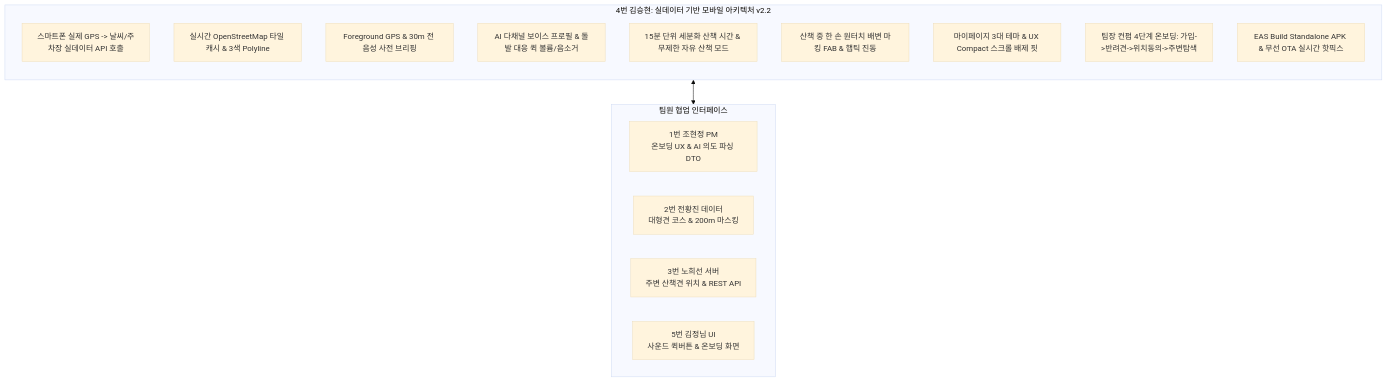
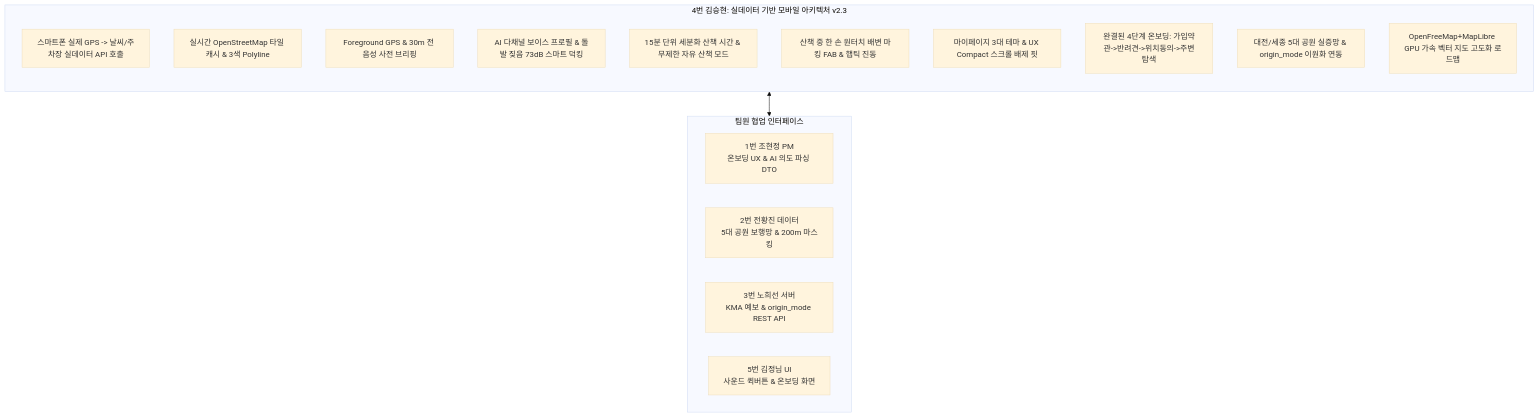
The first of 2 diagrams in docs/implementation_plan/김승현_향후_구현계획.md (gigantess/pet_walk_t01), drawn with Mermaid (base theme) before and after one commit. The commit also changed other lines of this file and 8 other files, not shown here.

````diff
--- a/docs/implementation_plan/김승현_향후_구현계획.md
+++ b/docs/implementation_plan/김승현_향후_구현계획.md
@@ -26,24 +31,25 @@
 ```mermaid
 flowchart TD
-    subgraph RealData_Mobile_Lead [4번 김승현: 실데이터 기반 모바일 아키텍처 v2.2]
+    subgraph RealData_Mobile_Lead [4번 김승현: 실데이터 기반 모바일 아키텍처 v2.3]
         direction TB
         A1[스마트폰 실제 GPS -> 날씨/주차장 실데이터 API 호출]
         A2[실시간 OpenStreetMap 타일 캐시 & 3색 Polyline]
         A3[Foreground GPS & 30m 전 음성 사전 브리핑]
-        A4[AI 다채널 보이스 프로필 & 돌발 대응 퀵 볼륨/음소거]
+        A4[AI 다채널 보이스 프로필 & 돌발 짖음 73dB 스마트 덕킹]
         A5[15분 단위 세분화 산책 시간 & 무제한 자유 산책 모드]
         A6[산책 중 한 손 원터치 배변 마킹 FAB & 햅틱 진동]
         A7[마이페이지 3대 테마 & UX Compact 스크롤 배제 핏]
-        A8[팀장 컨펌 4단계 온보딩: 가입->반려견->위치동의->주변탐색]
-        A9[EAS Build Standalone APK & 무선 OTA 실시간 핫픽스]
+        A8[완결된 4단계 온보딩: 가입약관->반려견->위치동의->주변탐색]
+        A9[대전/세종 5대 공원 실증망 & origin_mode 이원화 연동]
+        A10[OpenFreeMap+MapLibre GPU 가속 벡터 지도 고도화 로드맵]
     end
 
     subgraph CrossTeam [팀원 협업 인터페이스]
         T1[1번 조현정 PM<br/>온보딩 UX & AI 의도 파싱 DTO]
-        T2[2번 전황진 데이터<br/>대형견 코스 & 200m 마스킹]
-        T3[3번 노희선 서버<br/>주변 산책견 위치 & REST API]
+        T2[2번 전황진 데이터<br/>5대 공원 보행망 & 200m 마스킹]
+        T3[3번 노희선 서버<br/>KMA 예보 & origin_mode REST API]
         T5[5번 김정님 UI<br/>사운드 퀵버튼 & 온보딩 화면]
     end
 
     RealData_Mobile_Lead <--> CrossTeam
 ```
````
